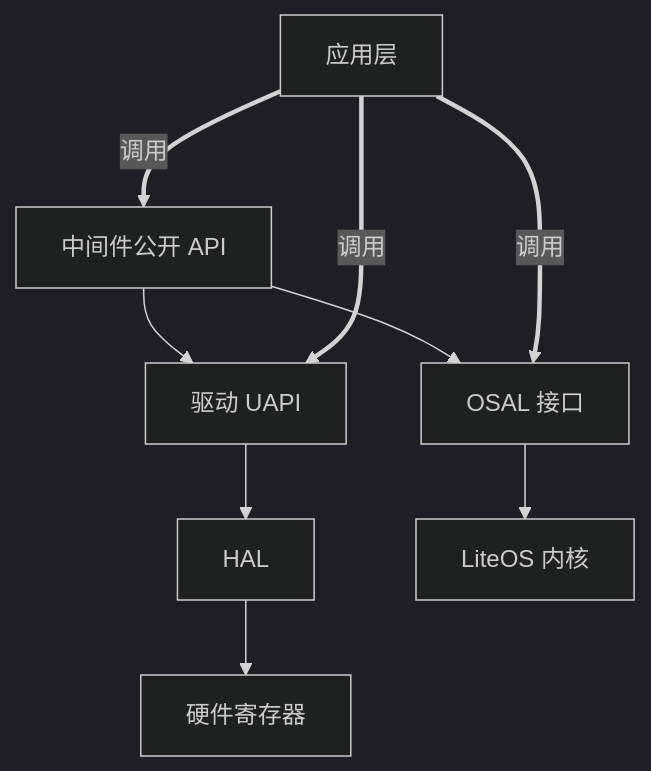
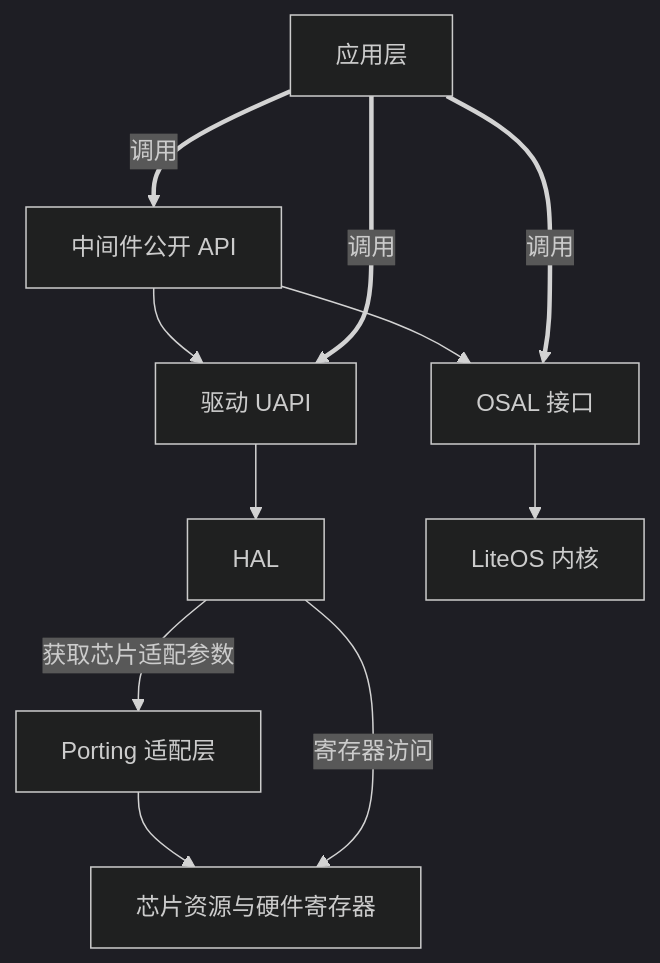
Before and after one commit to sanchuanhehe/fbb_ws53: the diagram in docs/zh-CN/overall-architecture/software-introduction.md, drawn with Mermaid (dark theme). The commit also changed other lines of this file, not shown here.

Commit message:
补充并精简 Porting 架构说明

````diff
--- a/docs/zh-CN/overall-architecture/software-introduction.md
+++ b/docs/zh-CN/overall-architecture/software-introduction.md
@@ -49,22 +49,25 @@
 ```mermaid
 graph TD
     APP[应用层]
     OSAL[OSAL 接口]
     MW[中间件公开 API]
     DRIVER[驱动 UAPI]
     HAL[HAL]
+    PORTING[Porting 适配层]
     KERNEL[LiteOS 内核]
-    HW[硬件寄存器]
+    HW[芯片资源与硬件寄存器]
 
     MW --> DRIVER
     MW --> OSAL
     DRIVER --> HAL
     OSAL --> KERNEL
-    HAL --> HW
+    HAL -- 获取芯片适配参数 --> PORTING
+    PORTING --> HW
+    HAL -- 寄存器访问 --> HW
 
     APP -- 调用 --> MW
     APP -- 调用 --> OSAL
     APP -- 调用 --> DRIVER
 
-    linkStyle 5,6,7 stroke-width:3px
+    linkStyle 7,8,9 stroke-width:3px
 ```
````
